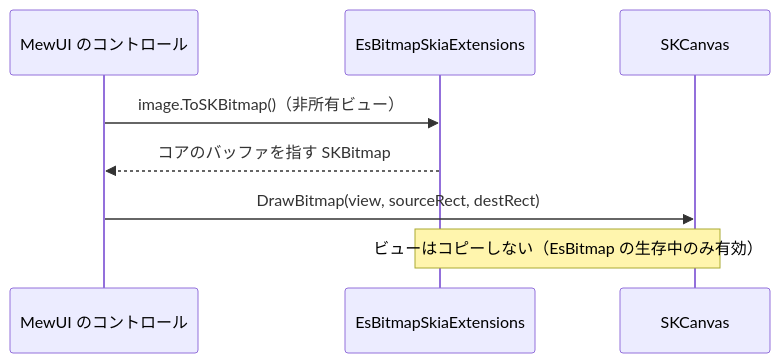
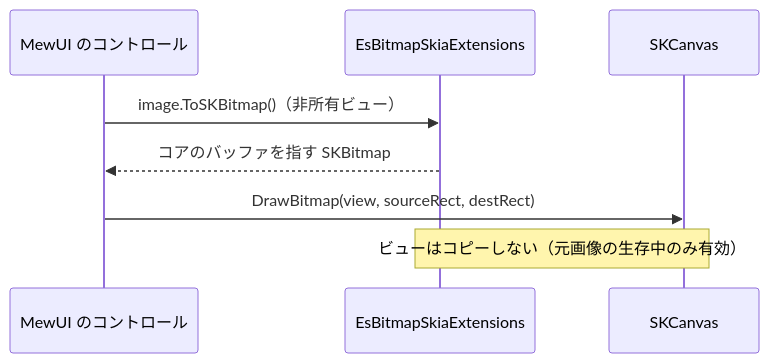
One commit to tomokuni/SaveEvidence changed the third of 4 diagrams in src/Platform.Skia/docs/SPEC_System.md. Above: the diagram before and after it, drawn with Mermaid. The commit also changed other lines of this file and 33 other files, not shown here.

````diff
--- a/src/Platform.Skia/docs/SPEC_System.md
+++ b/src/Platform.Skia/docs/SPEC_System.md
@@ -127,11 +127,11 @@
 ```mermaid
 sequenceDiagram
   participant UI as MewUI のコントロール
   participant E as EsBitmapSkiaExtensions
   participant SK as SKCanvas
 
   UI->>E: image.ToSKBitmap()（非所有ビュー）
   E-->>UI: コアのバッファを指す SKBitmap
   UI->>SK: DrawBitmap(view, sourceRect, destRect)
-  Note over E,SK: ビューはコピーしない（EsBitmap の生存中のみ有効）
+  Note over E,SK: ビューはコピーしない（元画像の生存中のみ有効）
 ```
````
